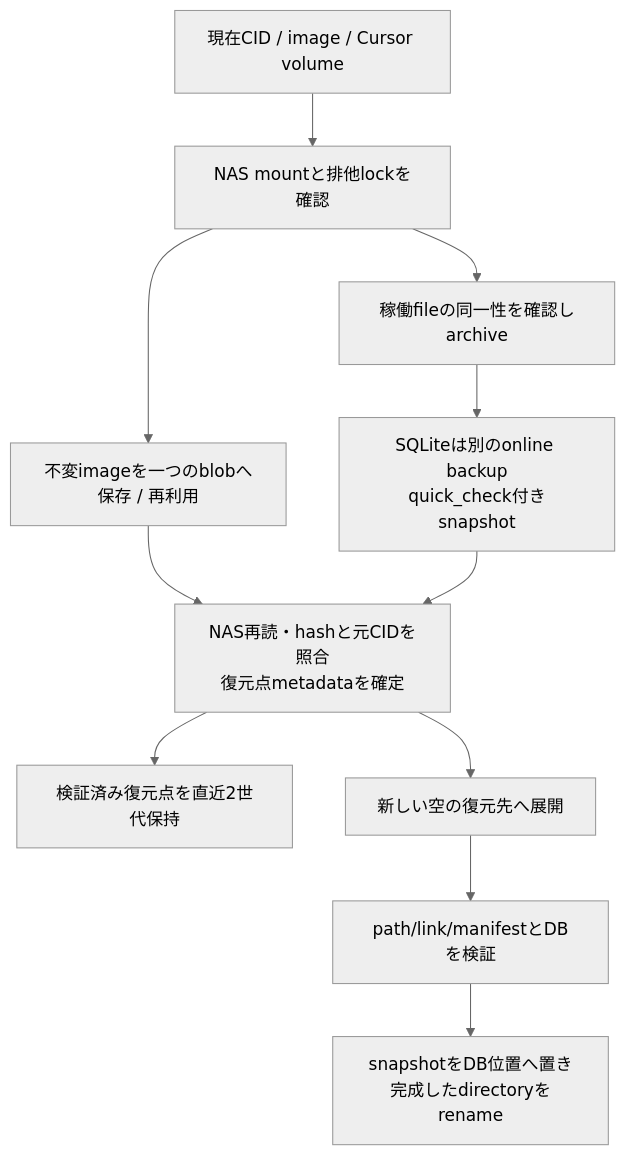
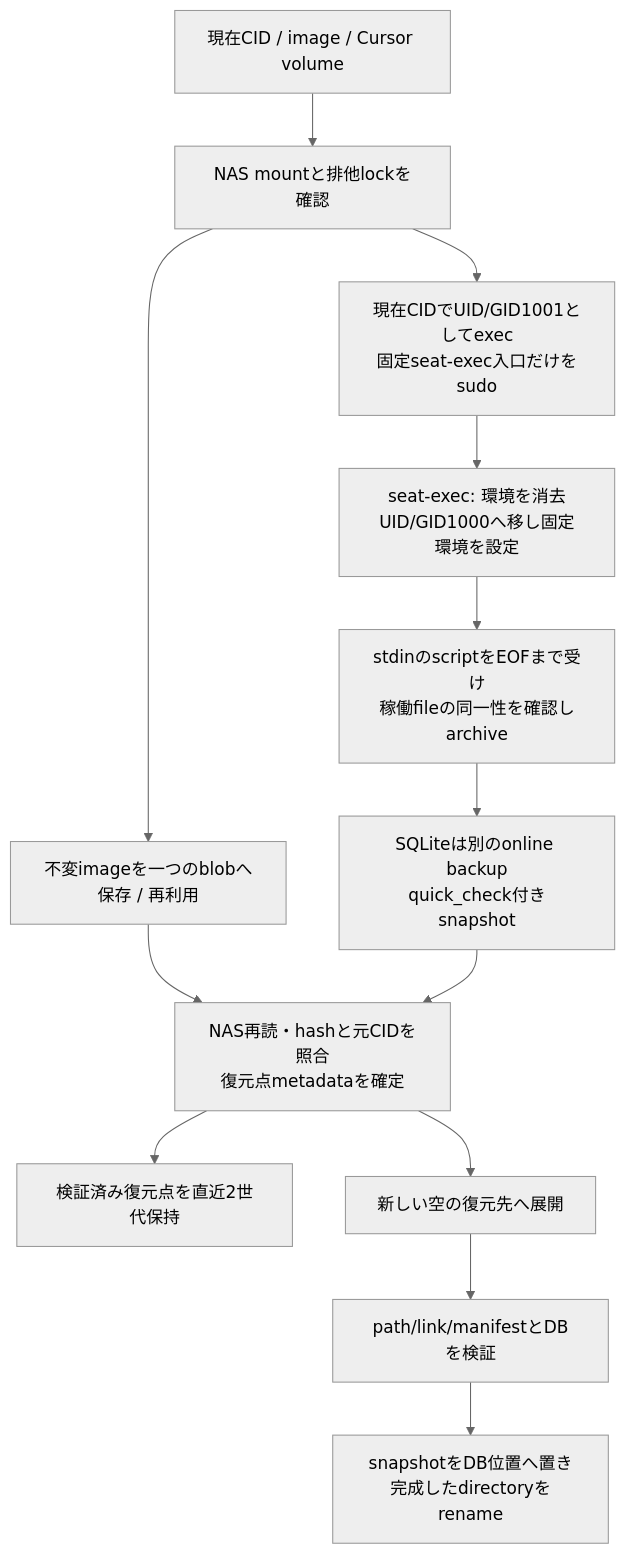
One commit to kitepon/BellTeam changed the third of 3 diagrams in docs/architecture/modules/runtime/recovery.md. Above: the diagram before and after it, drawn with Mermaid (neutral theme). The commit also changed other lines of this file and 2 other files, not shown here.

Commit message:
fix(runtime): clear server environment before restore point reader

````diff
--- a/docs/architecture/modules/runtime/recovery.md
+++ b/docs/architecture/modules/runtime/recovery.md
@@ -65,13 +65,15 @@
 ```mermaid
 flowchart TD
   Running["現在CID / image / Cursor volume"] --> Guard["NAS mountと排他lockを確認"]
   Guard --> Image["不変imageを一つのblobへ保存 / 再利用"]
-  Guard --> Archive["稼働fileの同一性を確認しarchive"]
+  Guard --> Server["現在CIDでUID/GID1001としてexec<br/>固定seat-exec入口だけをsudo"]
+  Server --> Seat["seat-exec: 環境を消去<br/>UID/GID1000へ移し固定環境を設定"]
+  Seat --> Archive["stdinのscriptをEOFまで受け<br/>稼働fileの同一性を確認しarchive"]
   Archive --> SQLite["SQLiteは別のonline backup<br/>quick_check付きsnapshot"]
   Image --> Point["NAS再読・hashと元CIDを照合<br/>復元点metadataを確定"]
   SQLite --> Point
   Point --> Retain["検証済み復元点を直近2世代保持"]
   Point --> Restore["新しい空の復元先へ展開"]
   Restore --> Check["path/link/manifestとDBを検証"]
   Check --> Publish["snapshotをDB位置へ置き<br/>完成したdirectoryをrename"]
 ```
````
